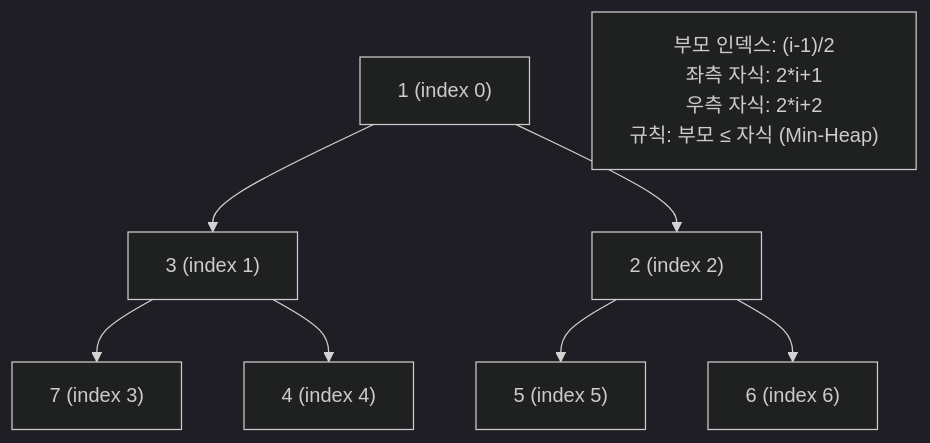
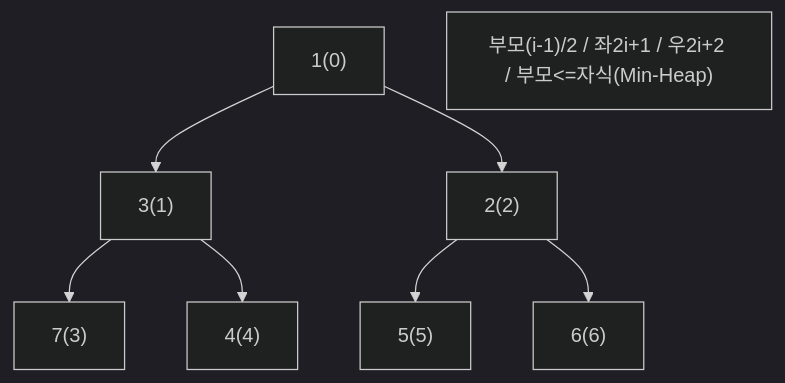
Diagram 17 of 21 in _posts/java/2026-05-01-java-collections.md (yjkim2015/yjkim2015.github.io), drawn with Mermaid (dark theme) before and after one commit. The commit also changed other lines of this file and 215 other files, not shown here.

First line of the commit message:
신규 포스트 10개 추가 + Mermaid 전면 축소 + SystemDesign 시리즈 보강

````diff
--- a/_posts/java/2026-05-01-java-collections.md
+++ b/_posts/java/2026-05-01-java-collections.md
@@ -814,19 +712,7 @@
 ```mermaid
 graph TD
-    N1["1 (index 0)"]
-    N3["3 (index 1)"]
-    N2["2 (index 2)"]
-    N7["7 (index 3)"]
-    N4["4 (index 4)"]
-    N5["5 (index 5)"]
-    N6["6 (index 6)"]
-
-    N1 --> N3
-    N1 --> N2
-    N3 --> N7
-    N3 --> N4
-    N2 --> N5
-    N2 --> N6
-
-    RULE["부모 인덱스: (i-1)/2<br>좌측 자식: 2*i+1<br>우측 자식: 2*i+2<br>규칙: 부모 ≤ 자식 (Min-Heap)"]
+    N1["1(0)"] --> N3["3(1)"] & N2["2(2)"]
+    N3 --> N7["7(3)"] & N4["4(4)"]
+    N2 --> N5["5(5)"] & N6["6(6)"]
+    RULE["부모(i-1)/2 / 좌2i+1 / 우2i+2 / 부모<=자식(Min-Heap)"]
 ```
````
